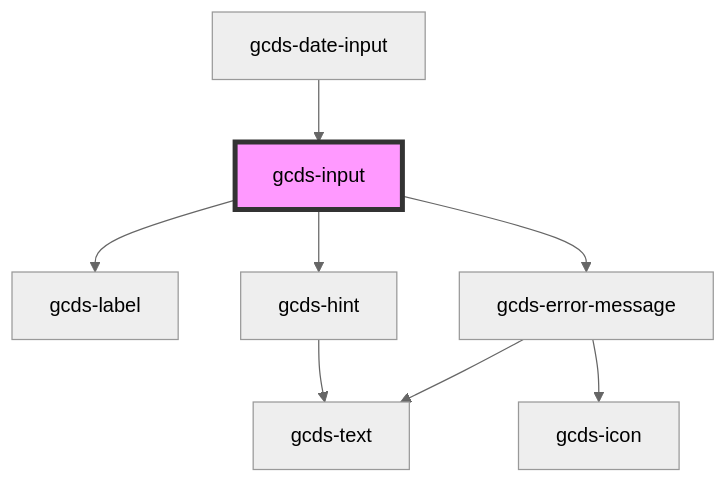
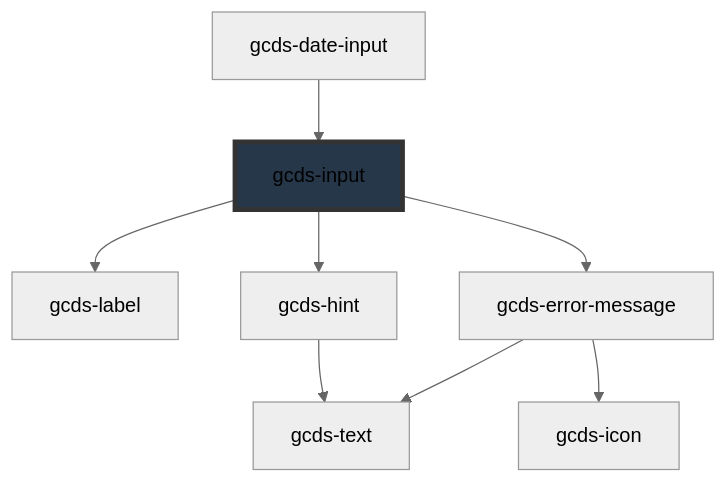
The diagram in packages/web/src/components/gcds-input/readme.md (cds-snc/gcds-components), drawn with Mermaid (neutral theme) before and after one commit. The commit also changed other lines of this file and 21 other files, not shown here.

````diff
--- a/packages/web/src/components/gcds-input/readme.md
+++ b/packages/web/src/components/gcds-input/readme.md
@@ -96,11 +96,11 @@
 ```mermaid
 graph TD;
   gcds-input --> gcds-label
   gcds-input --> gcds-hint
   gcds-input --> gcds-error-message
   gcds-hint --> gcds-text
   gcds-error-message --> gcds-text
   gcds-error-message --> gcds-icon
   gcds-date-input --> gcds-input
-  style gcds-input fill:#f9f,stroke:#333,stroke-width:4px
+  style gcds-input fill:#26374a,stroke:#333,stroke-width:4px
 ```
````
